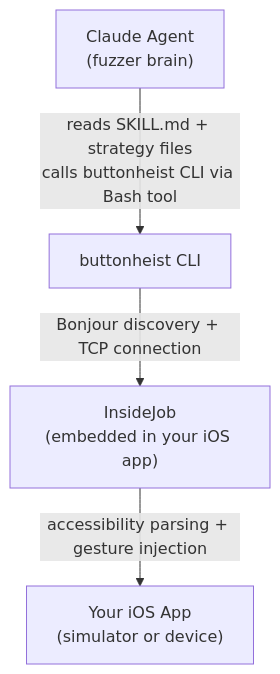
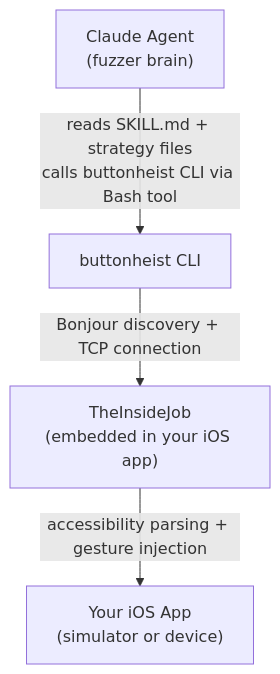
One commit to RoyalPineapple/TheButtonHeist changed the diagram in ai-fuzzer/README.md. Above: the diagram before and after it, drawn with Mermaid. The commit also changed other lines of this file and 66 other files, not shown here.

Commit message:
Rename InsideJob to TheInsideJob (framework and class only)

````diff
--- a/ai-fuzzer/README.md
+++ b/ai-fuzzer/README.md
@@ -9,6 +9,6 @@
 ```mermaid
 graph TB
     Agent["Claude Agent<br>(fuzzer brain)"] -->|"reads SKILL.md + strategy files<br>calls buttonheist CLI via Bash tool"| CLI["buttonheist CLI"]
-    CLI -->|"Bonjour discovery + TCP connection"| IJ["InsideJob<br>(embedded in your iOS app)"]
+    CLI -->|"Bonjour discovery + TCP connection"| IJ["TheInsideJob<br>(embedded in your iOS app)"]
     IJ -->|"accessibility parsing + gesture injection"| App["Your iOS App<br>(simulator or device)"]
 ```
````
